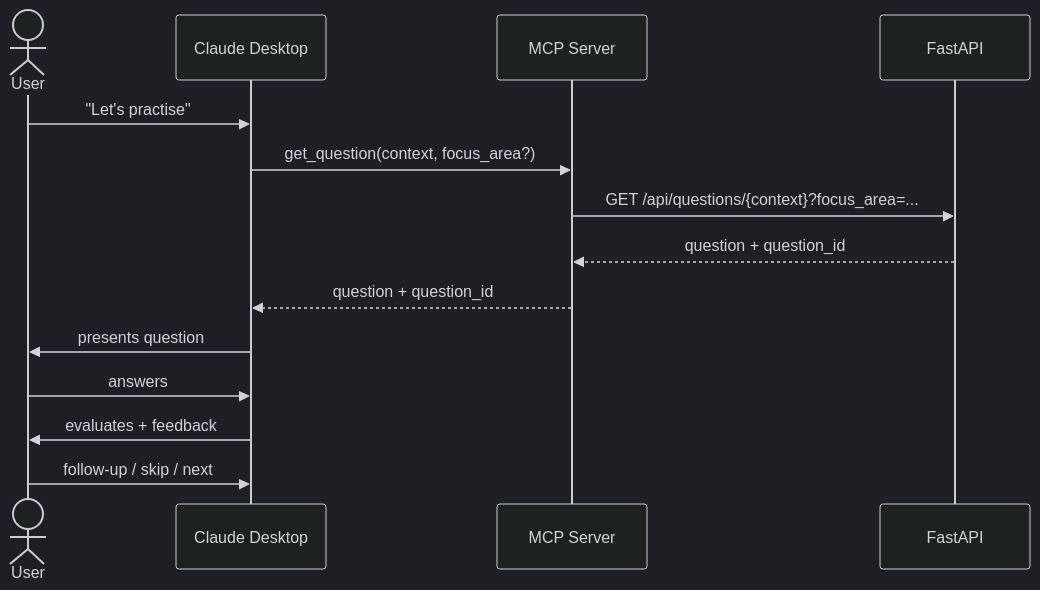
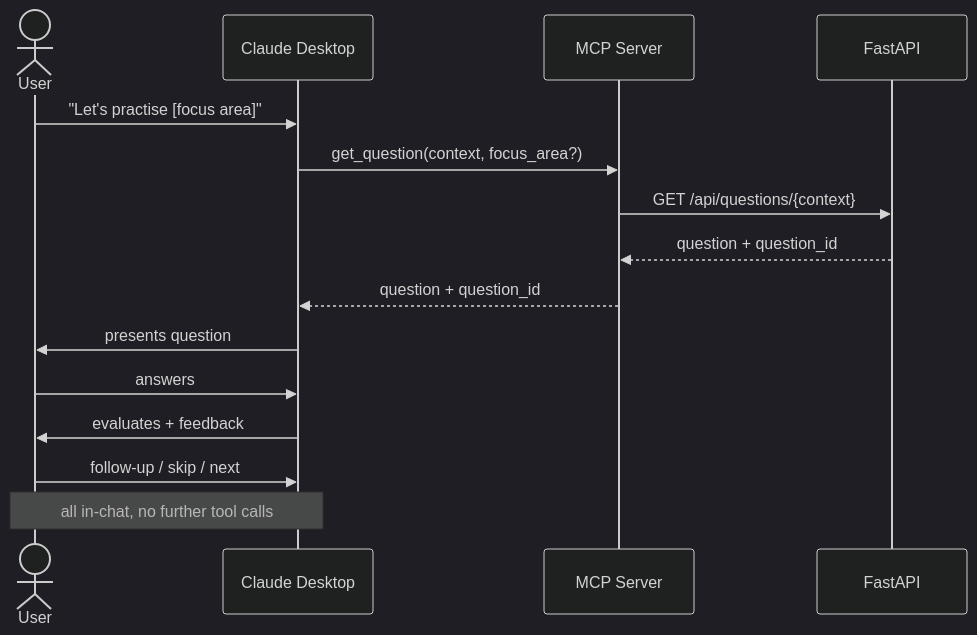
Before and after one commit to lmchoi/learning-tool: the fourth of 5 diagrams in docs/design/chat-integration-mcp.md, drawn with Mermaid (dark theme). The commit also changed other lines of this file, not shown here.

First line of the commit message:
docs: expand chat integration design — pages, privacy, deployment

````diff
--- a/docs/design/chat-integration-mcp.md
+++ b/docs/design/chat-integration-mcp.md
@@ -79,17 +248,18 @@
 ```mermaid
 sequenceDiagram
     actor User
     participant Claude as Claude Desktop
     participant MCP as MCP Server
     participant API as FastAPI
 
-    User->>Claude: "Let's practise"
+    User->>Claude: "Let's practise [focus area]"
     Claude->>MCP: get_question(context, focus_area?)
-    MCP->>API: GET /api/questions/{context}?focus_area=...
+    MCP->>API: GET /api/questions/{context}
     API-->>MCP: question + question_id
     MCP-->>Claude: question + question_id
     Claude->>User: presents question
     User->>Claude: answers
     Claude->>User: evaluates + feedback
     User->>Claude: follow-up / skip / next
+    Note over Claude,User: all in-chat, no further tool calls
 ```
````
